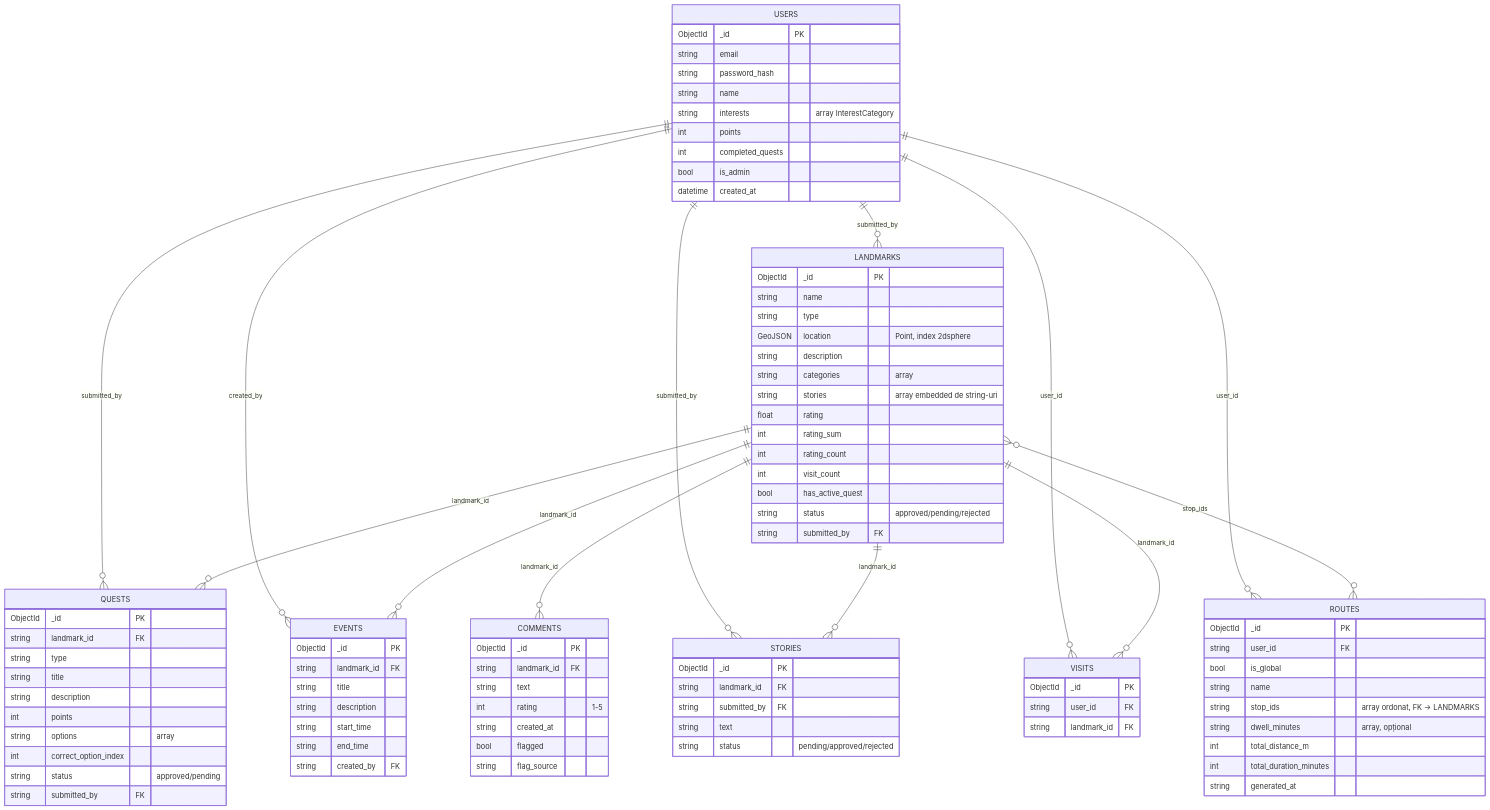
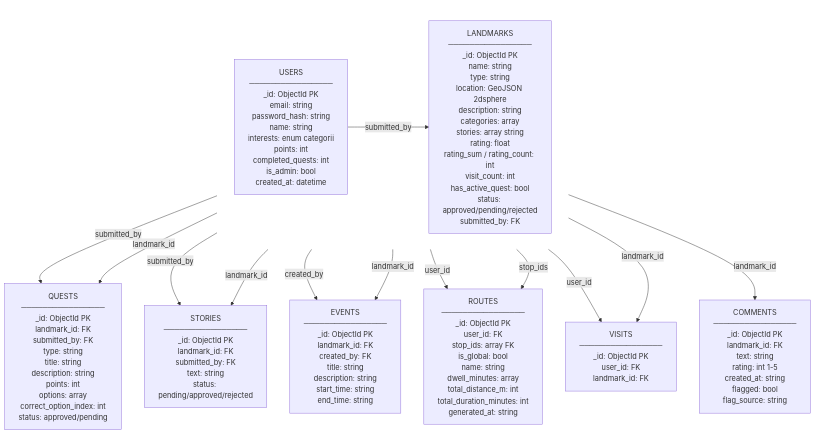
The diagram in mmd/db.mmd (Cozma-Andrei/CultureQuest), drawn with Mermaid before and after one commit. The commit also changed 6 other files, not shown here.

```diff
--- a/mmd/db.mmd
+++ b/mmd/db.mmd
@@ -1,101 +1,33 @@
-erDiagram
-    USERS {
-        ObjectId _id PK
-        string email
-        string password_hash
-        string name
-        string interests "array InterestCategory"
-        int points
-        int completed_quests
-        bool is_admin
-        datetime created_at
-    }
+flowchart TB
+    subgraph hub[" "]
+        direction LR
+        USERS["USERS<br/>────────────────<br/>_id: ObjectId PK<br/>email: string<br/>password_hash: string<br/>name: string<br/>interests: enum categorii<br/>points: int<br/>completed_quests: int<br/>is_admin: bool<br/>created_at: datetime"]
+        LANDMARKS["LANDMARKS<br/>────────────────<br/>_id: ObjectId PK<br/>name: string<br/>type: string<br/>location: GeoJSON 2dsphere<br/>description: string<br/>categories: array<br/>stories: array string<br/>rating: float<br/>rating_sum / rating_count: int<br/>visit_count: int<br/>has_active_quest: bool<br/>status: approved/pending/rejected<br/>submitted_by: FK"]
+    end
 
-    LANDMARKS {
-        ObjectId _id PK
-        string name
-        string type
-        GeoJSON location "Point, index 2dsphere"
-        string description
-        string categories "array"
-        string stories "array embedded de string-uri"
-        float rating
-        int rating_sum
-        int rating_count
-        int visit_count
-        bool has_active_quest
-        string status "approved/pending/rejected"
-        string submitted_by FK
-    }
+    QUESTS["QUESTS<br/>────────────────<br/>_id: ObjectId PK<br/>landmark_id: FK<br/>submitted_by: FK<br/>type: string<br/>title: string<br/>description: string<br/>points: int<br/>options: array<br/>correct_option_index: int<br/>status: approved/pending"]
 
-    QUESTS {
-        ObjectId _id PK
-        string landmark_id FK
-        string type
-        string title
-        string description
-        int points
-        string options "array"
-        int correct_option_index
-        string status "approved/pending"
-        string submitted_by FK
-    }
+    ROUTES["ROUTES<br/>────────────────<br/>_id: ObjectId PK<br/>user_id: FK<br/>stop_ids: array FK<br/>is_global: bool<br/>name: string<br/>dwell_minutes: array<br/>total_distance_m: int<br/>total_duration_minutes: int<br/>generated_at: string"]
 
-    ROUTES {
-        ObjectId _id PK
-        string user_id FK
-        bool is_global
-        string name
-        string stop_ids "array ordonat, FK -> LANDMARKS"
-        string dwell_minutes "array, opțional"
-        int total_distance_m
-        int total_duration_minutes
-        string generated_at
-    }
+    EVENTS["EVENTS<br/>────────────────<br/>_id: ObjectId PK<br/>landmark_id: FK<br/>created_by: FK<br/>title: string<br/>description: string<br/>start_time: string<br/>end_time: string"]
 
-    EVENTS {
-        ObjectId _id PK
-        string landmark_id FK
-        string title
-        string description
-        string start_time
-        string end_time
-        string created_by FK
-    }
+    COMMENTS["COMMENTS<br/>────────────────<br/>_id: ObjectId PK<br/>landmark_id: FK<br/>text: string<br/>rating: int 1-5<br/>created_at: string<br/>flagged: bool<br/>flag_source: string"]
 
-    COMMENTS {
-        ObjectId _id PK
-        string landmark_id FK
-        string text
-        int rating "1-5"
-        string created_at
-        bool flagged
-        string flag_source
-    }
+    STORIES["STORIES<br/>────────────────<br/>_id: ObjectId PK<br/>landmark_id: FK<br/>submitted_by: FK<br/>text: string<br/>status: pending/approved/rejected"]
 
-    STORIES {
-        ObjectId _id PK
-        string landmark_id FK
-        string submitted_by FK
-        string text
-        string status "pending/approved/rejected"
-    }
+    VISITS["VISITS<br/>────────────────<br/>_id: ObjectId PK<br/>user_id: FK<br/>landmark_id: FK"]
 
-    VISITS {
-        ObjectId _id PK
-        string user_id FK
-        string landmark_id FK
-    }
+    USERS -->|submitted_by| LANDMARKS
+    USERS -->|submitted_by| QUESTS
+    USERS -->|submitted_by| STORIES
+    USERS -->|created_by| EVENTS
+    USERS -->|user_id| ROUTES
+    USERS -->|user_id| VISITS
+    LANDMARKS -->|landmark_id| QUESTS
+    LANDMARKS -->|landmark_id| EVENTS
+    LANDMARKS -->|landmark_id| COMMENTS
+    LANDMARKS -->|landmark_id| STORIES
+    LANDMARKS -->|landmark_id| VISITS
+    LANDMARKS -->|stop_ids| ROUTES
 
-    USERS ||--o{ LANDMARKS : submitted_by
-    USERS ||--o{ QUESTS : submitted_by
-    USERS ||--o{ STORIES : submitted_by
-    USERS ||--o{ EVENTS : created_by
-    USERS ||--o{ ROUTES : user_id
-    USERS ||--o{ VISITS : user_id
-    LANDMARKS ||--o{ QUESTS : landmark_id
-    LANDMARKS ||--o{ EVENTS : landmark_id
-    LANDMARKS ||--o{ COMMENTS : landmark_id
-    LANDMARKS ||--o{ STORIES : landmark_id
-    LANDMARKS ||--o{ VISITS : landmark_id
-    LANDMARKS }o--o{ ROUTES : stop_ids
+    style hub fill:none,stroke:none
```
